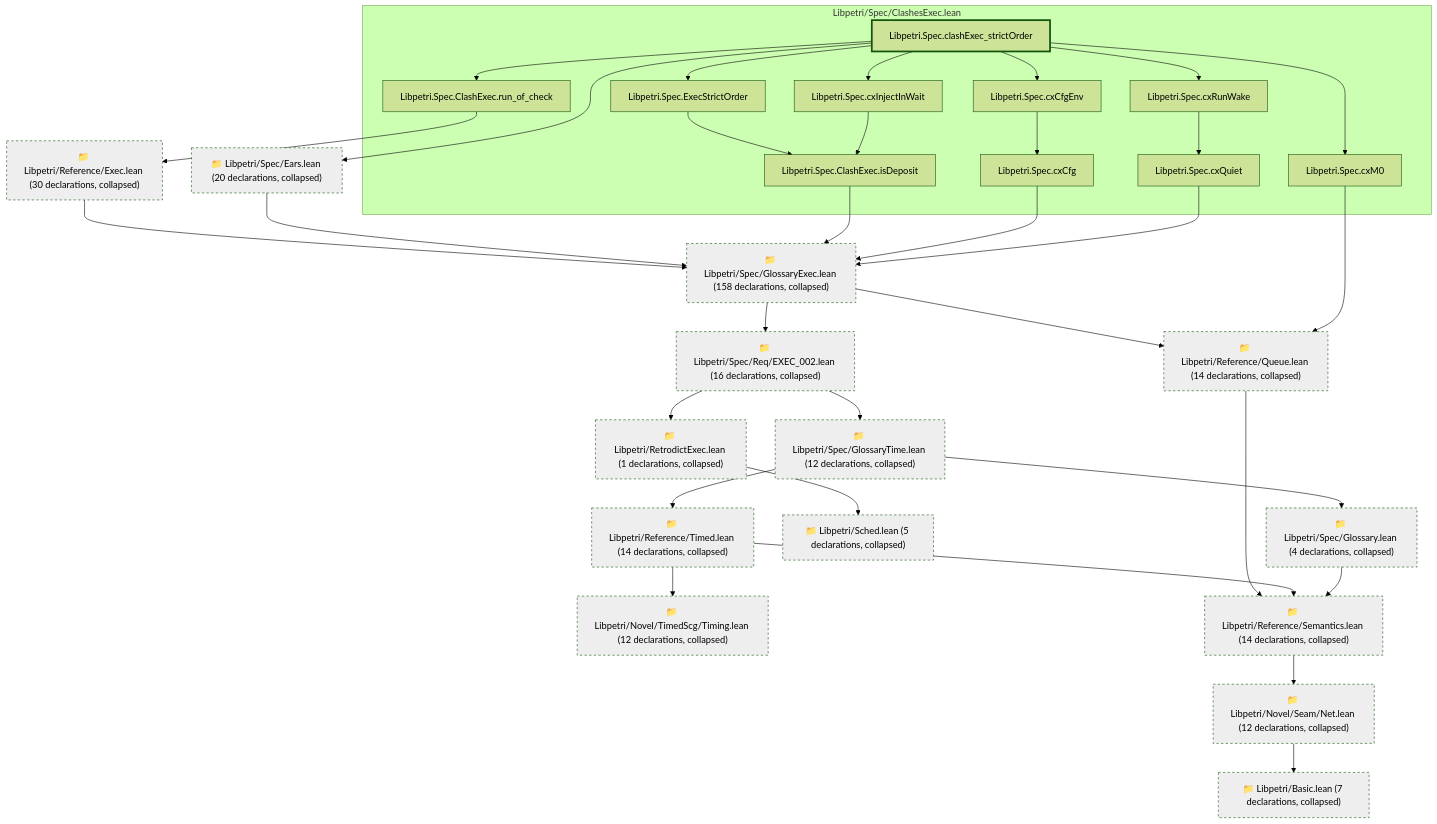
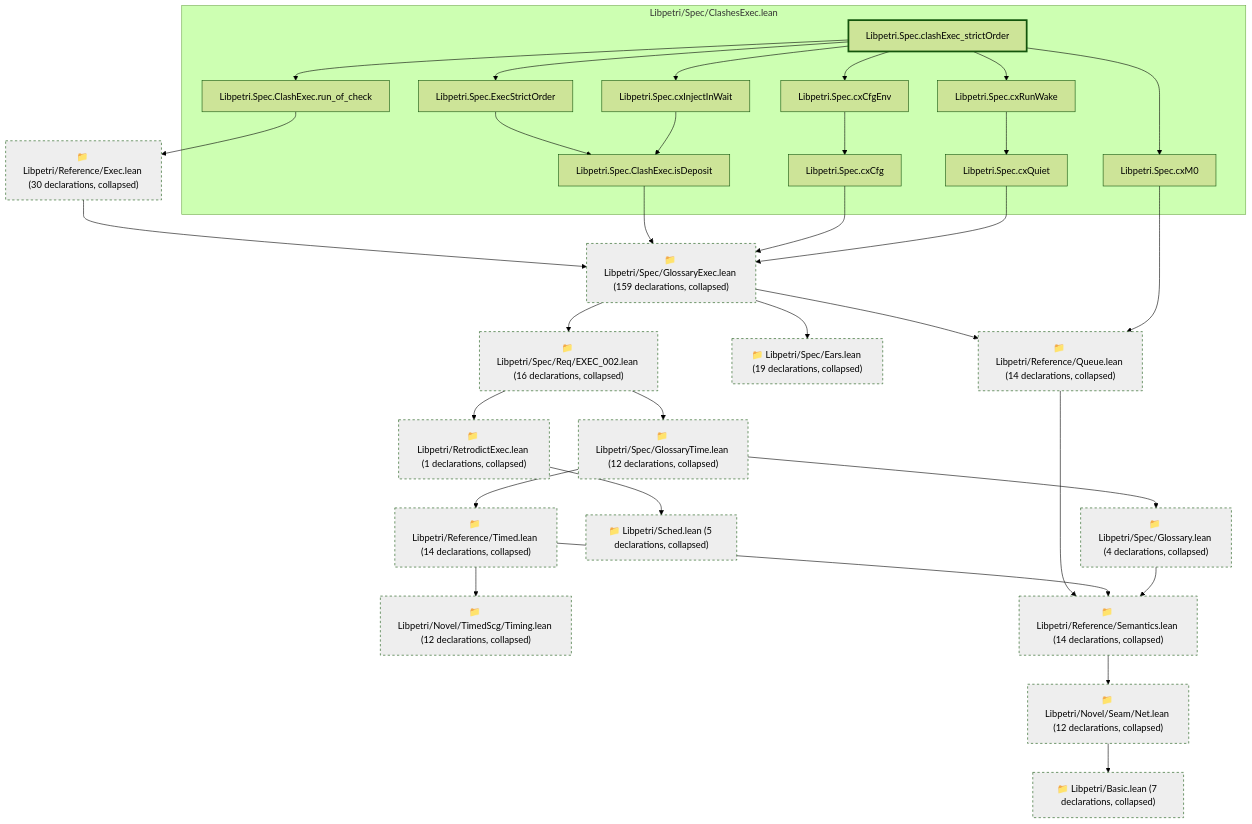
One commit to debe/libpetri changed the second of 3 diagrams in lean/graph/requirements/EXEC-001.md. Above: the diagram before and after it, drawn with Mermaid (forest theme). The commit also changed other lines of this file and 393 other files, not shown here.

First line of the commit message:
feat(spec): AI sign-off of every Lean requirement block; defect ledger closed

````diff
--- a/lean/graph/requirements/EXEC-001.md
+++ b/lean/graph/requirements/EXEC-001.md
@@ -92,65 +91,64 @@
 ```mermaid
 flowchart TD
   subgraph g0["Libpetri/Spec/ClashesExec.lean"]
-    n5925["Libpetri.Spec.ClashExec.isDeposit"]
-    n5926["Libpetri.Spec.ClashExec.run_of_check"]
-    n7423["Libpetri.Spec.ExecStrictOrder"]
-    n12323["Libpetri.Spec.clashExec_strictOrder"]
-    n14018["Libpetri.Spec.cxCfg"]
-    n14021["Libpetri.Spec.cxCfgEnv"]
-    n14025["Libpetri.Spec.cxInjectInWait"]
-    n14027["Libpetri.Spec.cxM0"]
-    n14028["Libpetri.Spec.cxQuiet"]
-    n14037["Libpetri.Spec.cxRunWake"]
+    n5952["Libpetri.Spec.ClashExec.isDeposit"]
+    n5953["Libpetri.Spec.ClashExec.run_of_check"]
+    n7489["Libpetri.Spec.ExecStrictOrder"]
+    n12507["Libpetri.Spec.clashExec_strictOrder"]
+    n14230["Libpetri.Spec.cxCfg"]
+    n14233["Libpetri.Spec.cxCfgEnv"]
+    n14237["Libpetri.Spec.cxInjectInWait"]
+    n14239["Libpetri.Spec.cxM0"]
+    n14240["Libpetri.Spec.cxQuiet"]
+    n14249["Libpetri.Spec.cxRunWake"]
   end
   c0["📁 Libpetri/Basic.lean (7 declarations, collapsed)"]
   c54["📁 Libpetri/Novel/Seam/Net.lean (12 declarations, collapsed)"]
   c66["📁 Libpetri/Novel/TimedScg/Timing.lean (12 declarations, collapsed)"]
   c80["📁 Libpetri/Reference/Exec.lean (30 declarations, collapsed)"]
   c91["📁 Libpetri/Reference/Queue.lean (14 declarations, collapsed)"]
   c94["📁 Libpetri/Reference/Semantics.lean (14 declarations, collapsed)"]
   c98["📁 Libpetri/Reference/Timed.lean (14 declarations, collapsed)"]
   c103["📁 Libpetri/RetrodictExec.lean (1 declarations, collapsed)"]
   c109["📁 Libpetri/Sched.lean (5 declarations, collapsed)"]
-  c131["📁 Libpetri/Spec/Ears.lean (20 declarations, collapsed)"]
+  c131["📁 Libpetri/Spec/Ears.lean (19 declarations, collapsed)"]
   c132["📁 Libpetri/Spec/Glossary.lean (4 declarations, collapsed)"]
-  c139["📁 Libpetri/Spec/GlossaryExec.lean (158 declarations, collapsed)"]
+  c139["📁 Libpetri/Spec/GlossaryExec.lean (159 declarations, collapsed)"]
   c146["📁 Libpetri/Spec/GlossaryTime.lean (12 declarations, collapsed)"]
   c232["📁 Libpetri/Spec/Req/EXEC_002.lean (16 declarations, collapsed)"]
   c54 --> c0
   c80 --> c139
   c91 --> c94
   c94 --> c54
   c98 --> c66
   c98 --> c94
   c103 --> c109
-  c131 --> c139
   c132 --> c94
   c139 --> c91
+  c139 --> c131
   c139 --> c232
   c146 --> c98
   c146 --> c132
   c232 --> c103
   c232 --> c146
-  n5925 --> c139
-  n5926 --> c80
-  n7423 --> n5925
-  n12323 --> c131
-  n12323 --> n5926
-  n12323 --> n7423
-  n12323 --> n14021
-  n12323 --> n14025
-  n12323 --> n14027
-  n12323 --> n14037
-  n14018 --> c139
-  n14021 --> n14018
-  n14025 --> n5925
-  n14027 --> c91
-  n14028 --> c139
-  n14037 --> n14028
+  n5952 --> c139
+  n5953 --> c80
+  n7489 --> n5952
+  n12507 --> n5953
+  n12507 --> n7489
+  n12507 --> n14233
+  n12507 --> n14237
+  n12507 --> n14239
+  n12507 --> n14249
+  n14230 --> c139
+  n14233 --> n14230
+  n14237 --> n5952
+  n14239 --> c91
+  n14240 --> c139
+  n14249 --> n14240
   classDef root stroke-width:3px
   classDef locked fill:#fff3cd,stroke:#b8860b
   classDef collapsed fill:#eeeeee,stroke-dasharray:4 4
-  class n12323 root
+  class n12507 root
   class c0,c54,c66,c80,c91,c94,c98,c103,c109,c131,c132,c139,c146,c232 collapsed
 ```
````
